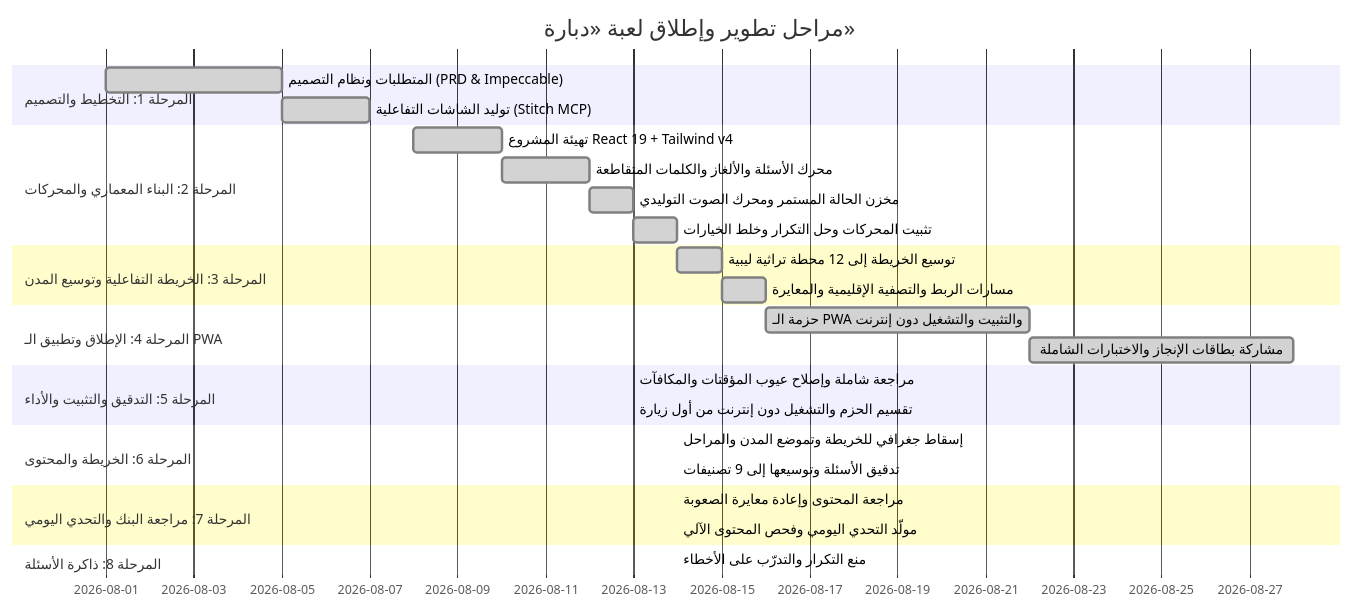
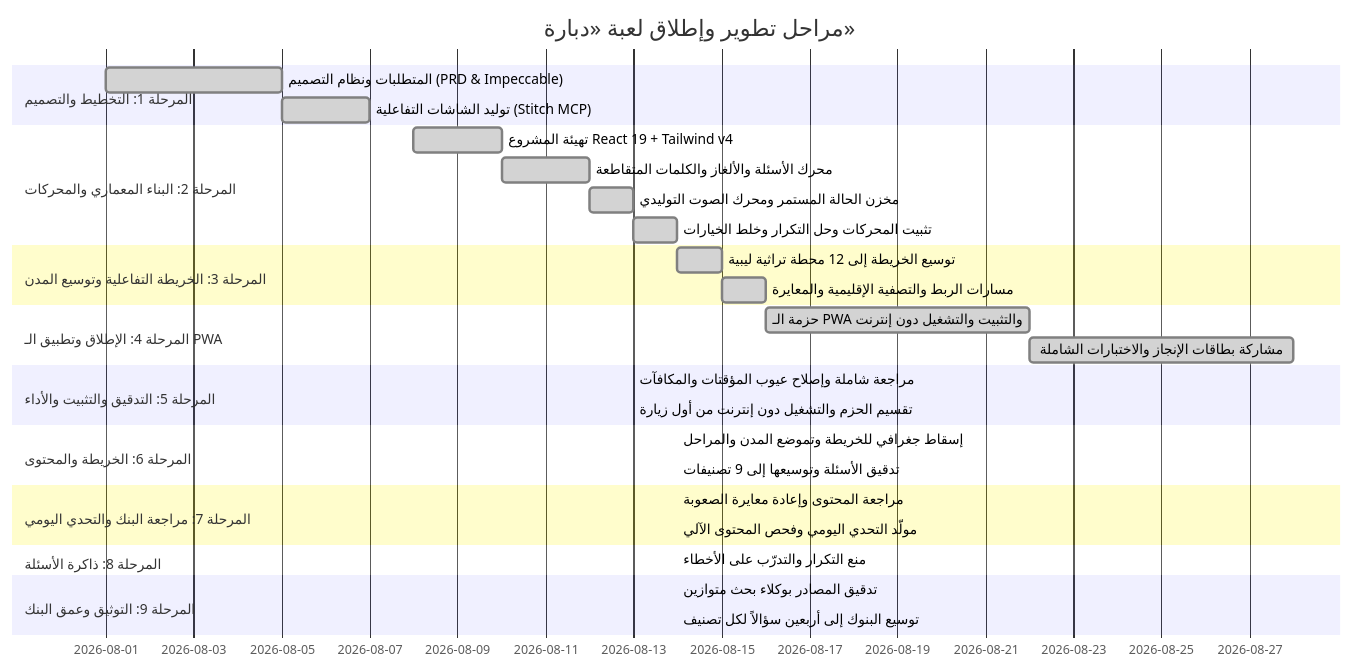
One commit to malgaroshy-maker/Dbara-game changed the diagram in roadmap.md. Above: the diagram before and after it, drawn with Mermaid. The commit also changed other lines of this file and 3 other files, not shown here.

````diff
--- a/roadmap.md
+++ b/roadmap.md
@@ -7,30 +7,33 @@
 ```mermaid
 gantt
     title مراحل تطوير وإطلاق لعبة «دبارة»
     dateFormat  YYYY-MM-DD
     section المرحلة 1: التخطيط والتصميم
     المتطلبات ونظام التصميم (PRD & Impeccable) :done, des1, 2026-08-01, 2026-08-05
     توليد الشاشات التفاعلية (Stitch MCP)      :done, des2, 2026-08-05, 2026-08-07
     section المرحلة 2: البناء المعماري والمحركات
     تهيئة المشروع React 19 + Tailwind v4      :done, dev1, 2026-08-08, 2026-08-10
     محرك الأسئلة والألغاز والكلمات المتقاطعة  :done, dev2, 2026-08-10, 2026-08-12
     مخزن الحالة المستمر ومحرك الصوت التوليدي :done, dev3, 2026-08-12, 2026-08-13
     تثبيت المحركات وحل التكرار وخلط الخيارات  :done, dev4, 2026-08-13, 2026-08-14
     section المرحلة 3: الخريطة التفاعلية وتوسيع المدن
     توسيع الخريطة إلى 12 محطة تراثية ليبية    :done, map1, 2026-08-14, 2026-08-15
     مسارات الربط والتصفية الإقليمية والمعايرة :done, map2, 2026-08-15, 2026-08-16
     section المرحلة 4: الإطلاق وتطبيق الـ PWA
     حزمة الـ PWA والتثبيت والتشغيل دون إنترنت :done, pwa1, 2026-08-16, 2026-08-22
     مشاركة بطاقات الإنجاز والاختبارات الشاملة :done, pwa2, 2026-08-22, 2026-08-28
     section المرحلة 5: التدقيق والتثبيت والأداء
     مراجعة شاملة وإصلاح عيوب المؤقتات والمكافآت :done, qa1, 2026-08-13, 2026-08-13
     تقسيم الحزم والتشغيل دون إنترنت من أول زيارة :done, qa2, 2026-08-13, 2026-08-13
     section المرحلة 6: الخريطة والمحتوى
     إسقاط جغرافي للخريطة وتموضع المدن والمراحل  :done, map3, 2026-08-14, 2026-08-14
     تدقيق الأسئلة وتوسيعها إلى 9 تصنيفات         :done, cnt1, 2026-08-14, 2026-08-14
     section المرحلة 7: مراجعة البنك والتحدي اليومي
     مراجعة المحتوى وإعادة معايرة الصعوبة        :done, cnt2, 2026-08-14, 2026-08-14
     مولّد التحدي اليومي وفحص المحتوى الآلي       :done, cnt3, 2026-08-14, 2026-08-14
     section المرحلة 8: ذاكرة الأسئلة
     منع التكرار والتدرّب على الأخطاء            :done, mem1, 2026-08-14, 2026-08-14
+    section المرحلة 9: التوثيق وعمق البنك
+    تدقيق المصادر بوكلاء بحث متوازين            :done, src1, 2026-08-14, 2026-08-14
+    توسيع البنوك إلى أربعين سؤالاً لكل تصنيف     :done, dep1, 2026-08-14, 2026-08-14
 ```
````
